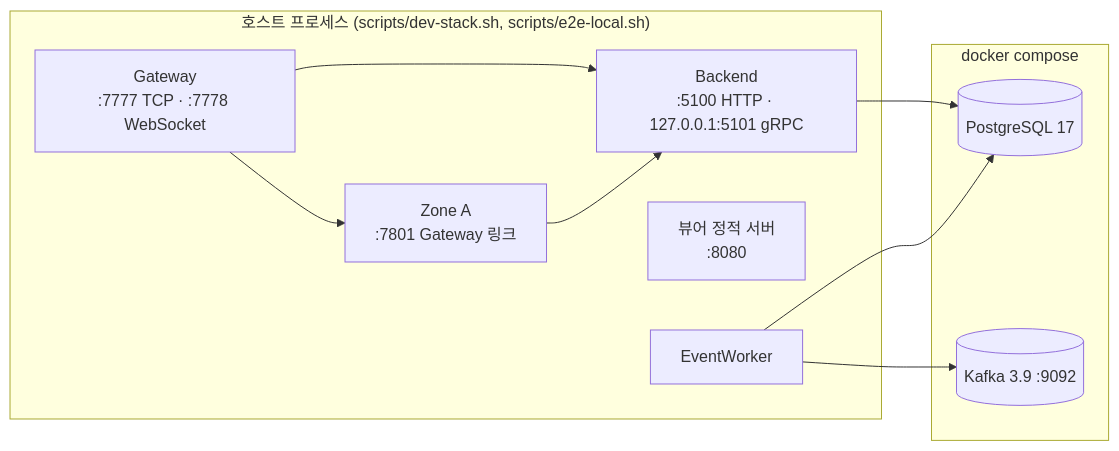
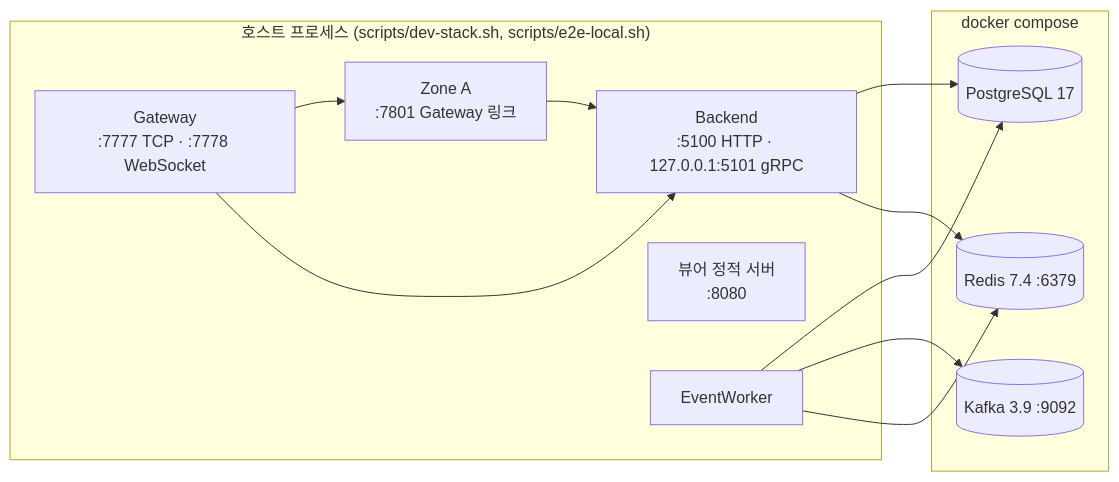
One commit to hstar0124/sa-server changed the ninth of 10 diagrams in README.md. Above: the diagram before and after it, drawn with Mermaid. The commit also changed other lines of this file and 7 other files, not shown here.

````diff
--- a/README.md
+++ b/README.md
@@ -470,20 +478,23 @@
 ```mermaid
 flowchart LR
     subgraph compose["docker compose"]
         PG[("PostgreSQL 17")]
         KF[("Kafka 3.9 :9092")]
+        RD[("Redis 7.4 :6379")]
     end
     subgraph host["호스트 프로세스 (scripts/dev-stack.sh, scripts/e2e-local.sh)"]
         BE["Backend<br/>:5100 HTTP · 127.0.0.1:5101 gRPC"]
         ZA["Zone A<br/>:7801 Gateway 링크"]
         GW["Gateway<br/>:7777 TCP · :7778 WebSocket"]
         VW["뷰어 정적 서버<br/>:8080"]
         EW["EventWorker"]
     end
     BE --> PG
     EW --> PG
     EW --> KF
+    EW --> RD
+    BE --> RD
     GW --> ZA
     GW --> BE
     ZA --> BE
 ```
````
